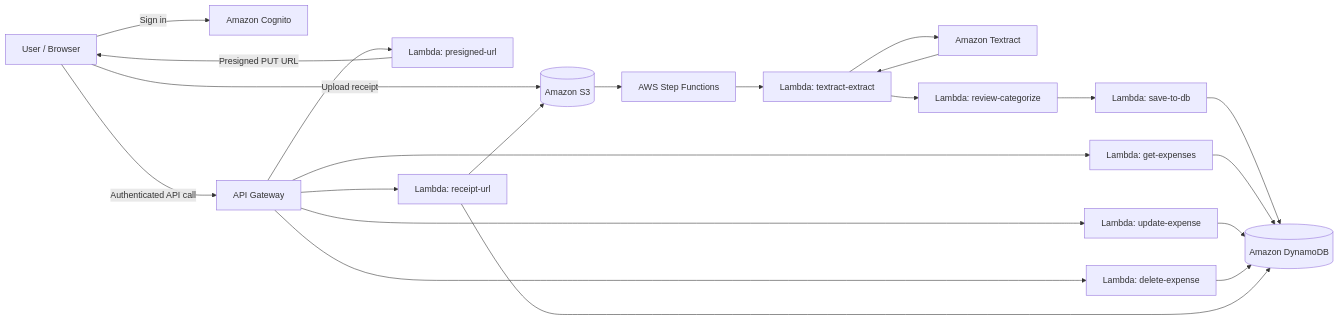
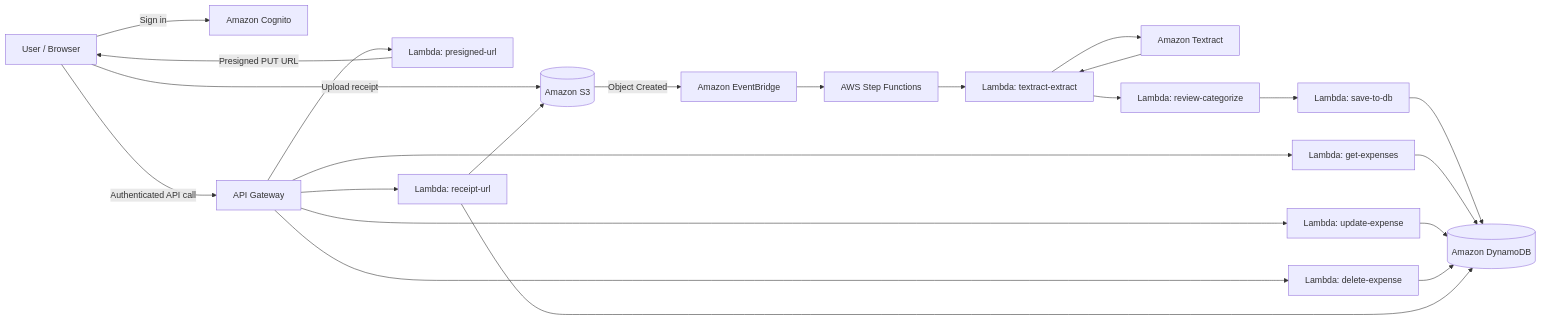
Before and after one commit to SahilBh01r1769/serverless-receipt-processor: the diagram in README.md, drawn with Mermaid. The commit also changed other lines of this file, not shown here.

Commit message:
docs: document live EventBridge processing path

````diff
--- a/README.md
+++ b/README.md
@@ -43,29 +44,30 @@
 ```mermaid
 flowchart LR
     U[User / Browser] -->|Sign in| COG[Amazon Cognito]
     U -->|Authenticated API call| API[API Gateway]
     API --> PRE[Lambda: presigned-url]
     PRE -->|Presigned PUT URL| U
 
     U -->|Upload receipt| S3[(Amazon S3)]
-    S3 --> SF[AWS Step Functions]
+    S3 -->|Object Created| EB[Amazon EventBridge]
+    EB --> SF[AWS Step Functions]
 
     SF --> TEX[Lambda: textract-extract]
     TEX --> AT[Amazon Textract]
     AT --> TEX
 
     TEX --> REV[Lambda: review-categorize]
     REV --> SAVE[Lambda: save-to-db]
     SAVE --> DDB[(Amazon DynamoDB)]
 
     API --> GET[Lambda: get-expenses]
     API --> UPD[Lambda: update-expense]
     API --> DEL[Lambda: delete-expense]
     API --> IMG[Lambda: receipt-url]
 
     GET --> DDB
     UPD --> DDB
     DEL --> DDB
     IMG --> DDB
     IMG --> S3
 ```
````
